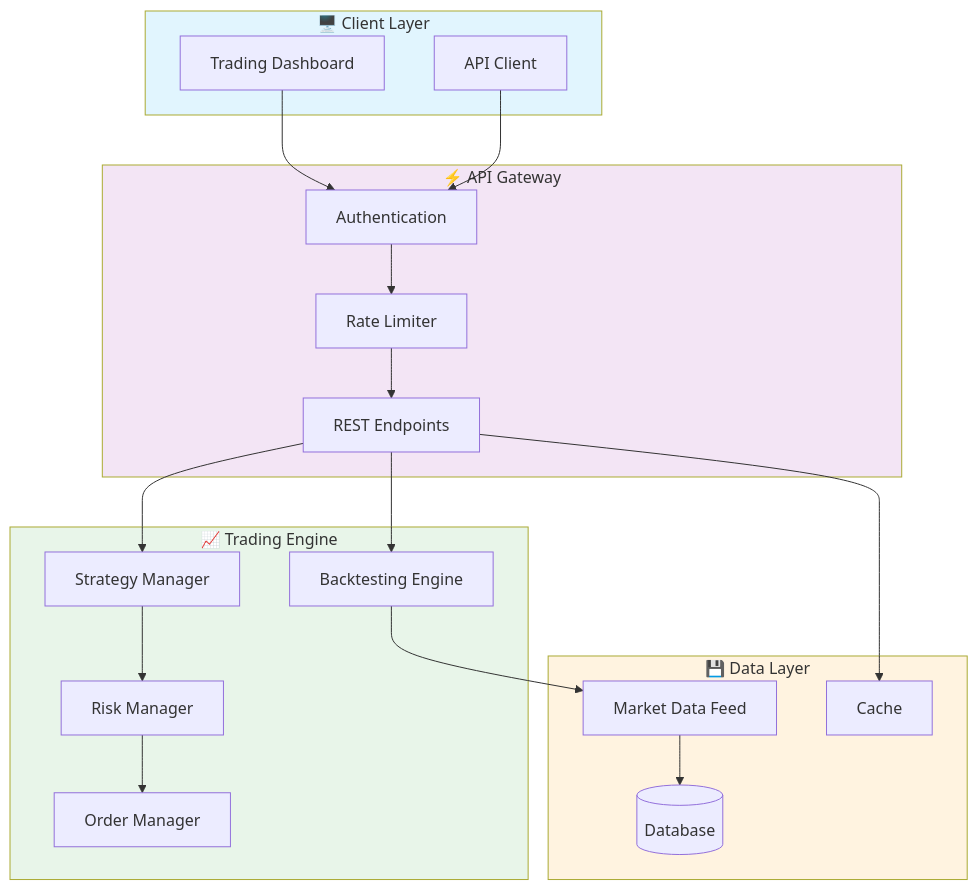
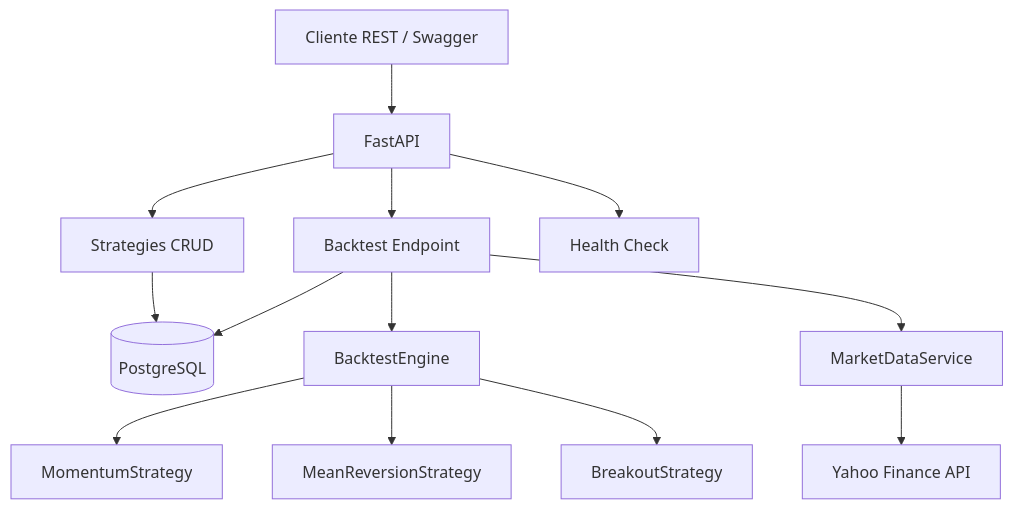
One commit to galafis/quantitative-trading-engine changed the first of 2 diagrams in README.md. Above: the diagram before and after it, drawn with Mermaid. The commit also changed other lines of this file and 15 other files, not shown here.

````diff
--- a/README.md
+++ b/README.md
@@ -39,41 +25,15 @@
 ```mermaid
-graph TB
-    subgraph Client["🖥️ Client Layer"]
-        A[Trading Dashboard]
-        B[API Client]
-    end
-    
-    subgraph API["⚡ API Gateway"]
-        C[Authentication]
-        D[Rate Limiter]
-        E[REST Endpoints]
-    end
-    
-    subgraph Engine["📈 Trading Engine"]
-        F[Strategy Manager]
-        G[Backtesting Engine]
-        H[Risk Manager]
-        I[Order Manager]
-    end
-    
-    subgraph Data["💾 Data Layer"]
-        J[Market Data Feed]
-        K[(Database)]
-        L[Cache]
-    end
-    
-    A --> C
-    B --> C
-    C --> D --> E
-    E --> F
-    E --> G
-    F --> H --> I
-    G --> J
-    J --> K
-    E --> L
-    
-    style Client fill:#e1f5fe
-    style API fill:#f3e5f5
-    style Engine fill:#e8f5e9
-    style Data fill:#fff3e0
+graph TD
+    A[Cliente REST / Swagger] --> B[FastAPI]
+    B --> C[Strategies CRUD]
+    B --> D[Backtest Endpoint]
+    B --> E[Health Check]
+    C --> F[(PostgreSQL)]
+    D --> G[BacktestEngine]
+    G --> H[MomentumStrategy]
+    G --> I[MeanReversionStrategy]
+    G --> J[BreakoutStrategy]
+    D --> K[MarketDataService]
+    K --> L[Yahoo Finance API]
+    D --> F
 ```
````
